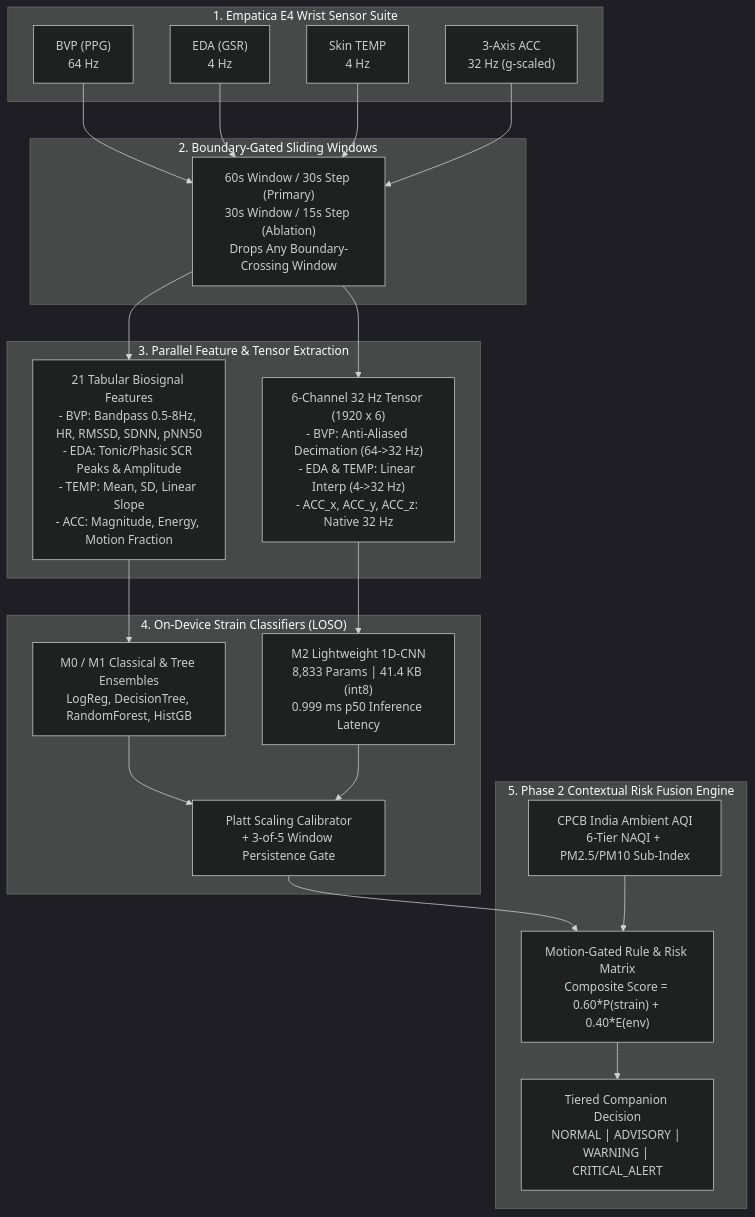
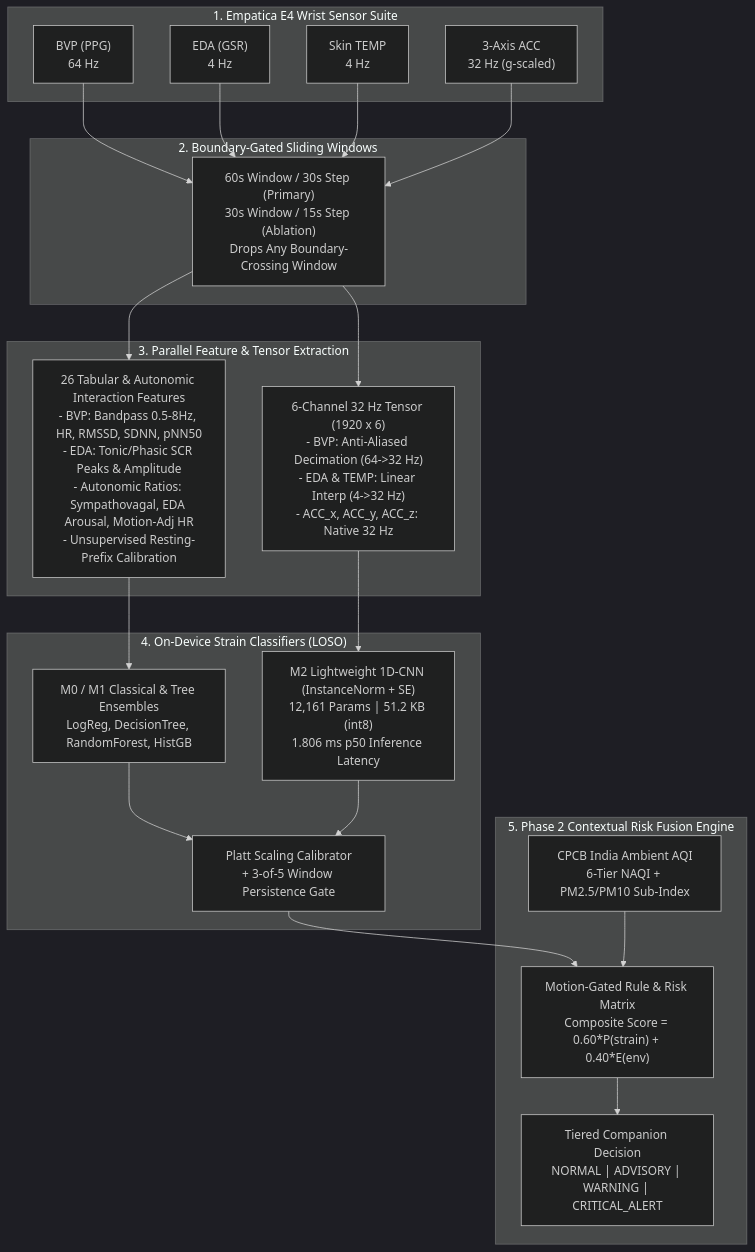
Before and after one commit to KhannakPGupta/Personal-Health-Companion-UROP: the first of 3 diagrams in README.md, drawn with Mermaid (dark theme). The commit also changed other lines of this file and 27 other files, not shown here.

Commit message:
Improve LOSO strain detection with resting-prefix calibration, autonomic ratios, SE-CNN, and protocol segment alignment

````diff
--- a/README.md
+++ b/README.md
@@ -46,39 +46,39 @@
 ```mermaid
 flowchart TD
     subgraph WristWearable["1. Empatica E4 Wrist Sensor Suite"]
         BVP["BVP (PPG)\n64 Hz"]
         EDA["EDA (GSR)\n4 Hz"]
         TEMP["Skin TEMP\n4 Hz"]
         ACC["3-Axis ACC\n32 Hz (g-scaled)"]
     end
 
     subgraph WindowGating["2. Boundary-Gated Sliding Windows"]
         WIN["60s Window / 30s Step (Primary)\n30s Window / 15s Step (Ablation)\nDrops Any Boundary-Crossing Window"]
     end
 
     subgraph DualPipeline["3. Parallel Feature & Tensor Extraction"]
-        TAB["21 Tabular Biosignal Features\n- BVP: Bandpass 0.5-8Hz, HR, RMSSD, SDNN, pNN50\n- EDA: Tonic/Phasic SCR Peaks & Amplitude\n- TEMP: Mean, SD, Linear Slope\n- ACC: Magnitude, Energy, Motion Fraction"]
+        TAB["26 Tabular & Autonomic Interaction Features\n- BVP: Bandpass 0.5-8Hz, HR, RMSSD, SDNN, pNN50\n- EDA: Tonic/Phasic SCR Peaks & Amplitude\n- Autonomic Ratios: Sympathovagal, EDA Arousal, Motion-Adj HR\n- Unsupervised Resting-Prefix Calibration"]
         TEN["6-Channel 32 Hz Tensor (1920 x 6)\n- BVP: Anti-Aliased Decimation (64->32 Hz)\n- EDA & TEMP: Linear Interp (4->32 Hz)\n- ACC_x, ACC_y, ACC_z: Native 32 Hz"]
     end
 
     subgraph EdgeModels["4. On-Device Strain Classifiers (LOSO)"]
         M0M1["M0 / M1 Classical & Tree Ensembles\nLogReg, DecisionTree, RandomForest, HistGB"]
-        M2["M2 Lightweight 1D-CNN\n8,833 Params | 41.4 KB (int8)\n0.999 ms p50 Inference Latency"]
+        M2["M2 Lightweight 1D-CNN (InstanceNorm + SE)\n12,161 Params | 51.2 KB (int8)\n1.806 ms p50 Inference Latency"]
         CAL["Platt Scaling Calibrator\n+ 3-of-5 Window Persistence Gate"]
     end
 
     subgraph ContextualFusion["5. Phase 2 Contextual Risk Fusion Engine"]
         AQI["CPCB India Ambient AQI\n6-Tier NAQI + PM2.5/PM10 Sub-Index"]
         FUSE["Motion-Gated Rule & Risk Matrix\nComposite Score = 0.60*P(strain) + 0.40*E(env)"]
         ALERT["Tiered Companion Decision\nNORMAL | ADVISORY | WARNING | CRITICAL_ALERT"]
     end
 
     BVP & EDA & TEMP & ACC --> WIN
     WIN --> TAB & TEN
     TAB --> M0M1
     TEN --> M2
     M0M1 & M2 --> CAL
     CAL --> FUSE
     AQI --> FUSE
     FUSE --> ALERT
 ```
````
